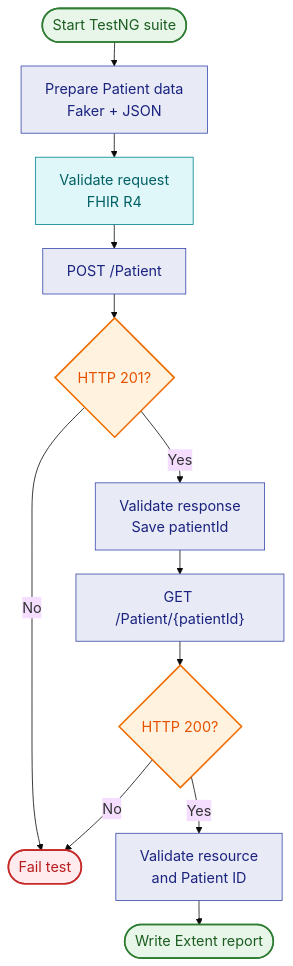
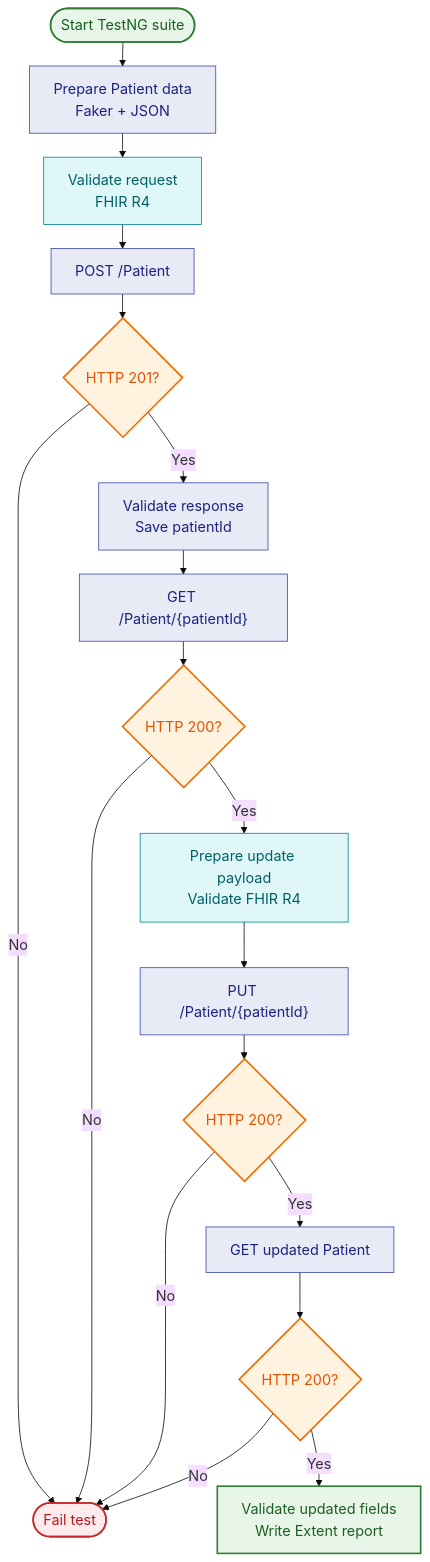
The diagram in README.md (Sameer-Programmer/2026_RestassuredWorkFlowDemo_FHIR), drawn with Mermaid before and after one commit. The commit also changed other lines of this file and 6 other files, not shown here.

Commit message:
feat: add FHIR Patient update workflow

````diff
--- a/README.md
+++ b/README.md
@@ -75,28 +75,34 @@
 ```mermaid
 %%{init: {"theme": "base", "themeVariables": {"fontSize": "18px"}, "flowchart": {"nodeSpacing": 24, "rankSpacing": 30}}}%%
 flowchart TD
     A([Start TestNG suite]) --> B["Prepare Patient data<br/>Faker + JSON"]
     B --> C["Validate request<br/>FHIR R4"]
     C --> D["POST /Patient"]
     D --> E{HTTP 201?}
     E -- No --> X([Fail test])
     E -- Yes --> F["Validate response<br/>Save patientId"]
     F --> G["GET /Patient/{patientId}"]
     G --> H{HTTP 200?}
     H -- No --> X
-    H -- Yes --> I["Validate resource<br/>and Patient ID"]
-    I --> J([Write Extent report])
+    H -- Yes --> I["Prepare update payload<br/>Validate FHIR R4"]
+    I --> J["PUT /Patient/{patientId}"]
+    J --> K{HTTP 200?}
+    K -- No --> X
+    K -- Yes --> L["GET updated Patient"]
+    L --> M{HTTP 200?}
+    M -- No --> X
+    M -- Yes --> N["Validate updated fields<br/>Write Extent report"]
 
     classDef start fill:#E8F5E9,stroke:#2E7D32,color:#1B5E20,stroke-width:2px;
     classDef action fill:#E8EAF6,stroke:#3949AB,color:#1A237E;
     classDef validation fill:#E0F7FA,stroke:#00838F,color:#006064;
     classDef decision fill:#FFF3E0,stroke:#EF6C00,color:#E65100,stroke-width:2px;
     classDef fail fill:#FFEBEE,stroke:#C62828,color:#B71C1C,stroke-width:2px;
     classDef store fill:#F3E5F5,stroke:#8E24AA,color:#4A148C;
 
-    class A,J start;
-    class B,D,F,G,I action;
-    class C validation;
-    class E,H decision;
+    class A,N start;
+    class B,D,F,G,J,L action;
+    class C,I validation;
+    class E,H,K,M decision;
     class X fail;
 ```
````
